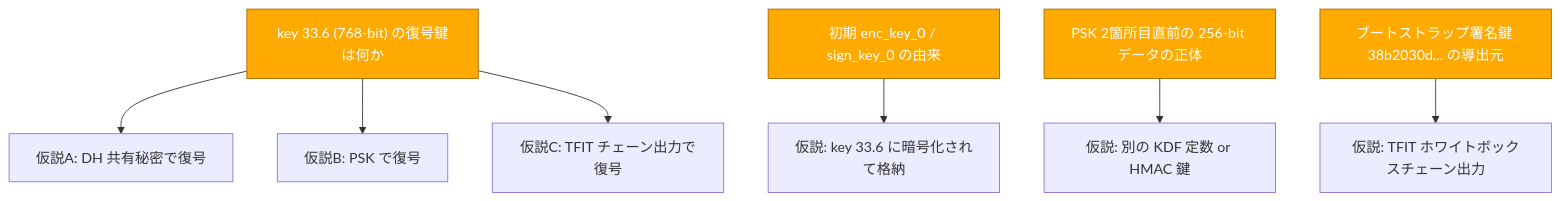
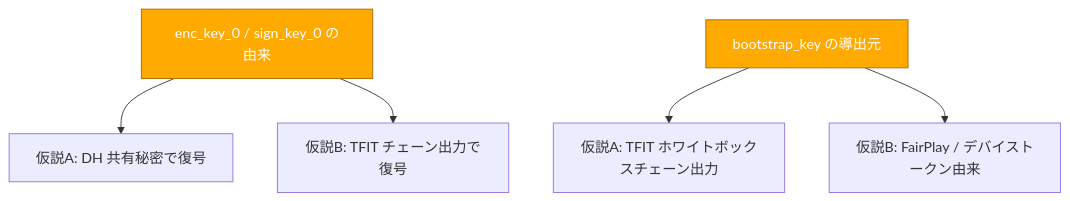
Before and after one commit to qtmleap/revkit: the fifth of 5 diagrams in docs/spec/msl_key_relationship.md, drawn with Mermaid. The commit also changed other lines of this file and 1 other file, not shown here.

````diff
--- a/docs/spec/msl_key_relationship.md
+++ b/docs/spec/msl_key_relationship.md
@@ -161,20 +287,14 @@
 ```mermaid
 graph TD
-    Q1["key 33.6 (768-bit) の復号鍵は何か"]
-    Q2["初期 enc_key_0 / sign_key_0 の由来"]
-    Q3["PSK 2箇所目直前の 256-bit データの正体"]
-    Q4["ブートストラップ署名鍵 38b2030d... の導出元"]
+    Q1["enc_key_0 / sign_key_0 の由来"]
+    Q2["bootstrap_key の導出元"]
 
     Q1 --> H1["仮説A: DH 共有秘密で復号"]
-    Q1 --> H2["仮説B: PSK で復号"]
-    Q1 --> H3["仮説C: TFIT チェーン出力で復号"]
+    Q1 --> H2["仮説B: TFIT チェーン出力で復号"]
 
-    Q2 --> H4["仮説: key 33.6 に暗号化されて格納"]
-    Q3 --> H5["仮説: 別の KDF 定数 or HMAC 鍵"]
-    Q4 --> H6["仮説: TFIT ホワイトボックスチェーン出力"]
+    Q2 --> H3["仮説A: TFIT ホワイトボックスチェーン出力"]
+    Q2 --> H4["仮説B: FairPlay / デバイストークン由来"]
 
     style Q1 fill:#fa0,stroke:#a60,color:#fff
     style Q2 fill:#fa0,stroke:#a60,color:#fff
-    style Q3 fill:#fa0,stroke:#a60,color:#fff
-    style Q4 fill:#fa0,stroke:#a60,color:#fff
 ```
````
